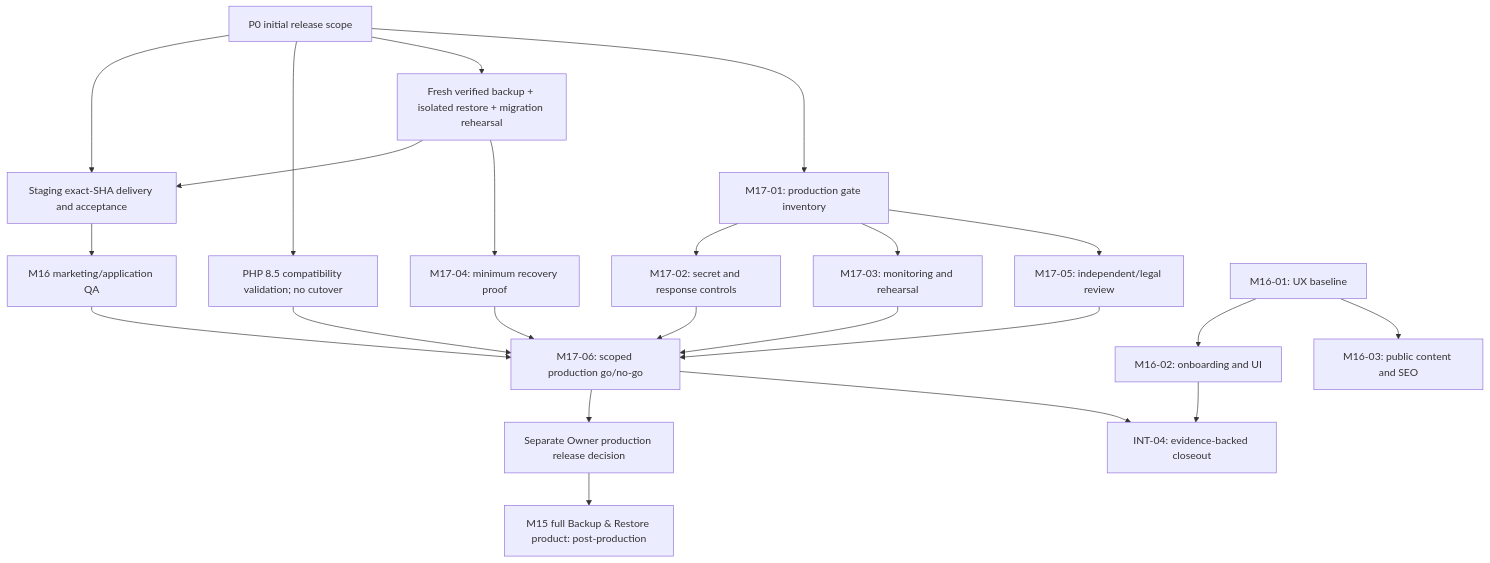
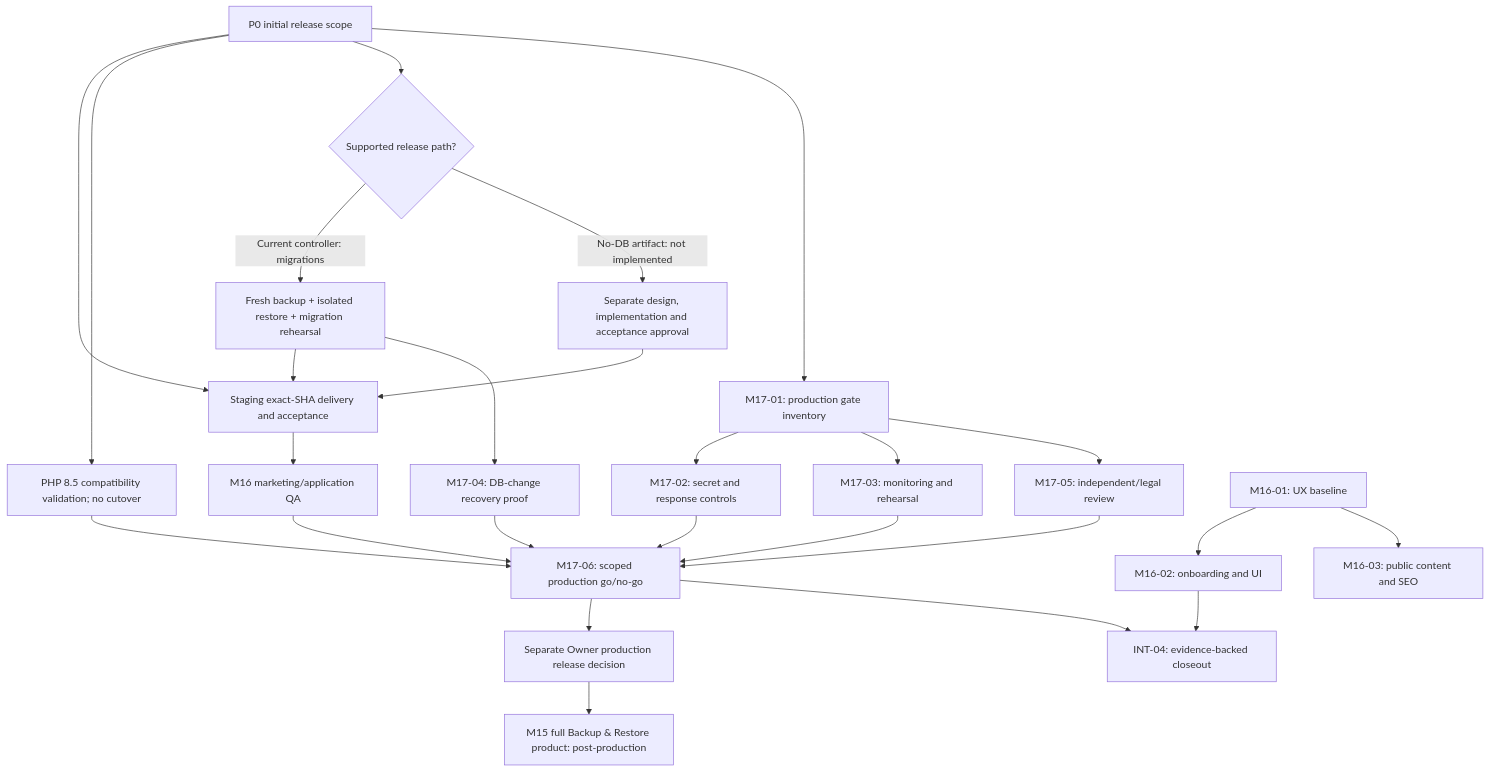
The diagram in docs/MASTER_ROADMAP_AND_INTEGRATION_PLAN.md (zsoltacsai/wpcaregrid), drawn with Mermaid before and after one commit. The commit also changed other lines of this file and 3 other files, not shown here.

````diff
--- a/docs/MASTER_ROADMAP_AND_INTEGRATION_PLAN.md
+++ b/docs/MASTER_ROADMAP_AND_INTEGRATION_PLAN.md
@@ -192,25 +218,28 @@
 ```mermaid
 graph TD
   P0[P0 initial release scope] --> STG[Staging exact-SHA delivery and acceptance]
   P0 --> PHP85[PHP 8.5 compatibility validation; no cutover]
-  P0 --> BACKUP[Fresh verified backup + isolated restore + migration rehearsal]
+  P0 --> PATH{Supported release path?}
+  PATH -->|Current controller: migrations| BACKUP[Fresh backup + isolated restore + migration rehearsal]
+  PATH -->|No-DB artifact: not implemented| STATIC[Separate design, implementation and acceptance approval]
   P0 --> M1701[M17-01: production gate inventory]
   BACKUP --> STG
+  STATIC --> STG
   STG --> M16[M16 marketing/application QA]
-  BACKUP --> M1704[M17-04: minimum recovery proof]
+  BACKUP --> M1704[M17-04: DB-change recovery proof]
   M1701 --> M1702[M17-02: secret and response controls]
   M1701 --> M1703[M17-03: monitoring and rehearsal]
   M1701 --> M1705[M17-05: independent/legal review]
   M16 --> M17G[M17-06: scoped production go/no-go]
   PHP85 --> M17G
   M1702 --> M17G
   M1703 --> M17G
   M1704 --> M17G
   M1705 --> M17G
   M17G --> OWNER[Separate Owner production release decision]
   OWNER --> M15[M15 full Backup & Restore product: post-production]
   M1601[M16-01: UX baseline] --> M1602[M16-02: onboarding and UI]
   M1601 --> M1603[M16-03: public content and SEO]
   M1602 --> INT4[INT-04: evidence-backed closeout]
   M17G --> INT4
 ```
````
